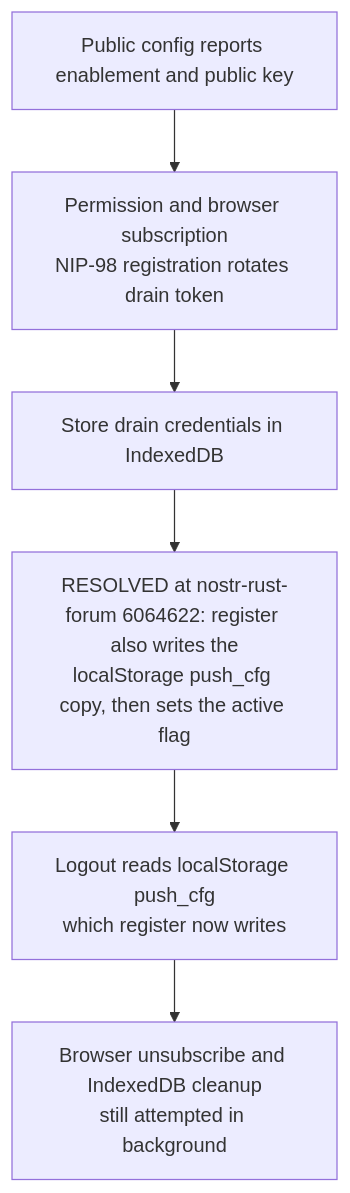
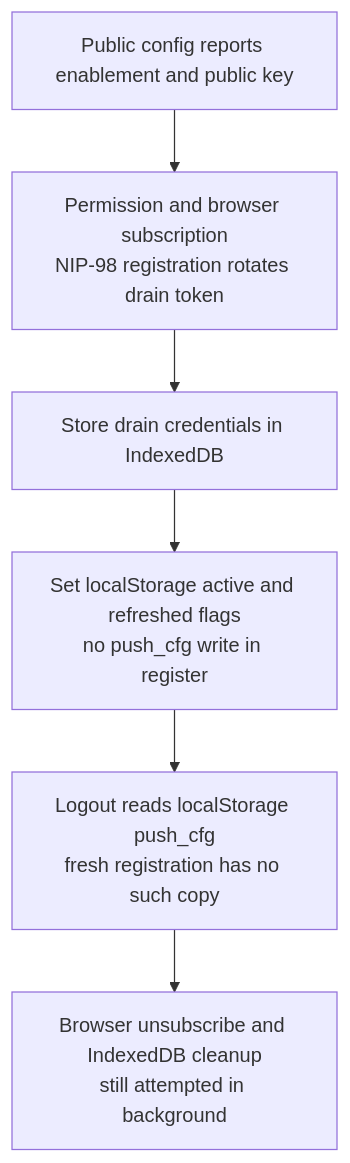
Before and after one commit to DreamLab-AI/VisionFlow: the first of 9 diagrams in docs/diagrams/nostr-rust-forum/18-web-push-delivery-and-account-boundaries.md, drawn with Mermaid. The commit also changed other lines of this file and 18 other files, not shown here.

First line of the commit message:
docs(diagrams): successor-only repair convention and aliases in the gate; external-triage corpus fixes and register rows

````diff
--- a/docs/diagrams/nostr-rust-forum/18-web-push-delivery-and-account-boundaries.md
+++ b/docs/diagrams/nostr-rust-forum/18-web-push-delivery-and-account-boundaries.md
@@ -30,18 +31,18 @@
 ```mermaid
 flowchart TB
-    %% Source: ../nostr-rust-forum/crates/nostr-bbs-relay-worker/src/push.rs:1064
+    %% Source: ../nostr-rust-forum/crates/nostr-bbs-relay-worker/src/push.rs:1043
     A["Public config reports enablement and public key"]
     %% Source: ../nostr-rust-forum/crates/nostr-bbs-forum-client/src/utils/push.rs:295
     B["Permission and browser subscription<br/>NIP-98 registration rotates drain token"]
     %% Source: ../nostr-rust-forum/crates/nostr-bbs-forum-client/js/push.js:145
     C["Store drain credentials in IndexedDB"]
     %% Source: ../nostr-rust-forum/crates/nostr-bbs-forum-client/src/utils/push.rs:314
-    D["RESOLVED at nostr-rust-forum 6064622: register also writes the<br/>localStorage push_cfg copy, then sets the active flag"]
-    %% Source: ../nostr-rust-forum/crates/nostr-bbs-forum-client/src/utils/push.rs:369
-    E["Logout reads localStorage push_cfg<br/>which register now writes"]
-    %% Source: ../nostr-rust-forum/crates/nostr-bbs-forum-client/src/utils/push.rs:382
+    D["Set localStorage active and refreshed flags<br/>no push_cfg write in register"]
+    %% Source: ../nostr-rust-forum/crates/nostr-bbs-forum-client/src/utils/push.rs:364
+    E["Logout reads localStorage push_cfg<br/>fresh registration has no such copy"]
+    %% Source: ../nostr-rust-forum/crates/nostr-bbs-forum-client/src/utils/push.rs:377
     F["Browser unsubscribe and IndexedDB cleanup<br/>still attempted in background"]
     A --> B
     B --> C --> D
     D --> E --> F
 ```
````
